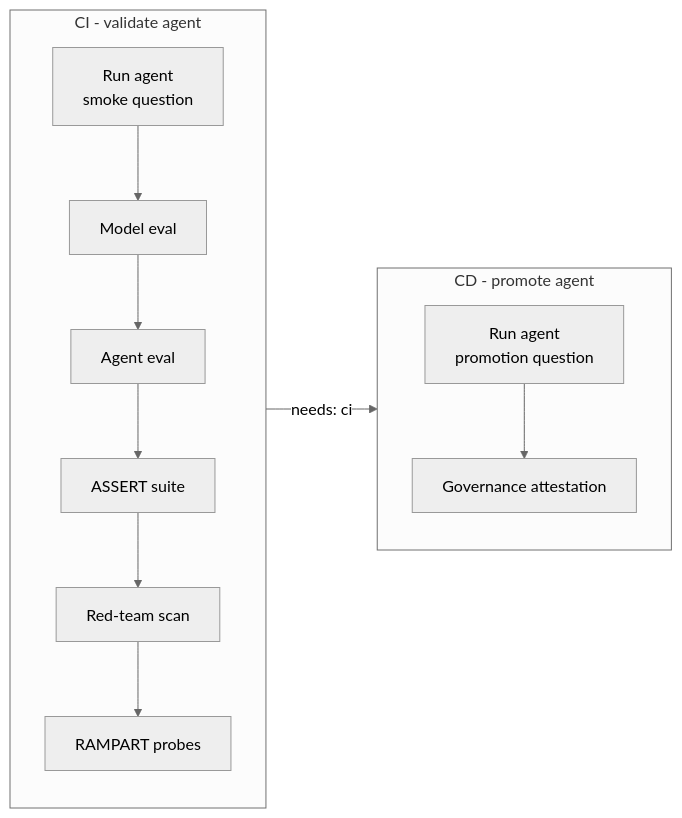
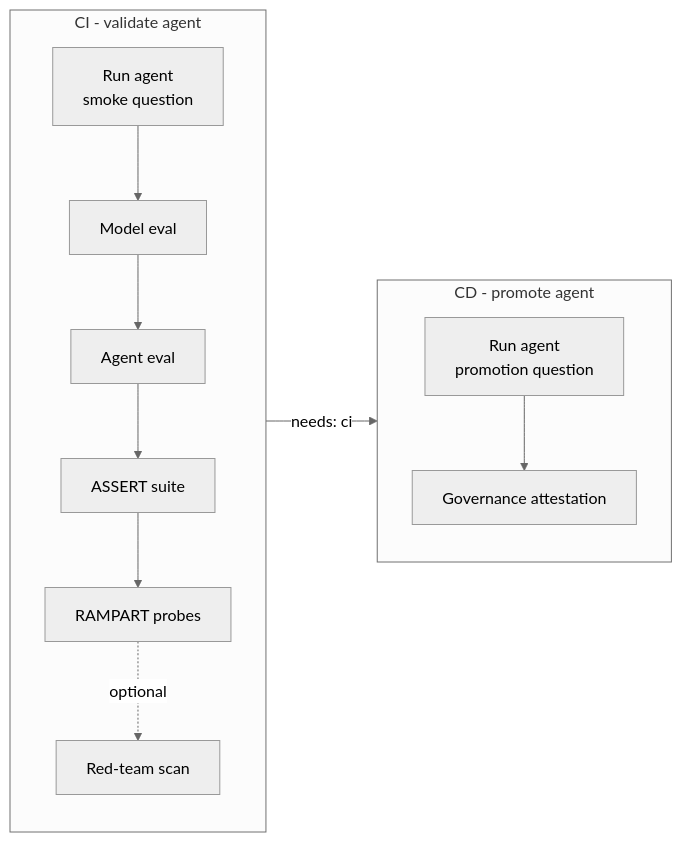
The diagram in docs/cicd.md (balakreshnan/AgenticAIOpsGHCPApp), drawn with Mermaid (neutral theme) before and after one commit. The commit also changed other lines of this file and 1 other file, not shown here.

First line of the commit message:
Make CI red-team optional; RAMPART is the default safety gate

````diff
--- a/docs/cicd.md
+++ b/docs/cicd.md
@@ -14,14 +14,14 @@
 ```mermaid
 flowchart LR
     subgraph CI["CI - validate agent"]
         A[Run agent<br/>smoke question] --> B[Model eval]
         B --> C[Agent eval]
         C --> D[ASSERT suite]
-        D --> E[Red-team scan]
-        E --> R[RAMPART probes]
+        D --> R[RAMPART probes]
+        R -.optional.-> E[Red-team scan]
     end
     subgraph CD["CD - promote agent"]
         F[Run agent<br/>promotion question] --> G[Governance attestation]
     end
     CI -->|needs: ci| CD
 ```
````
